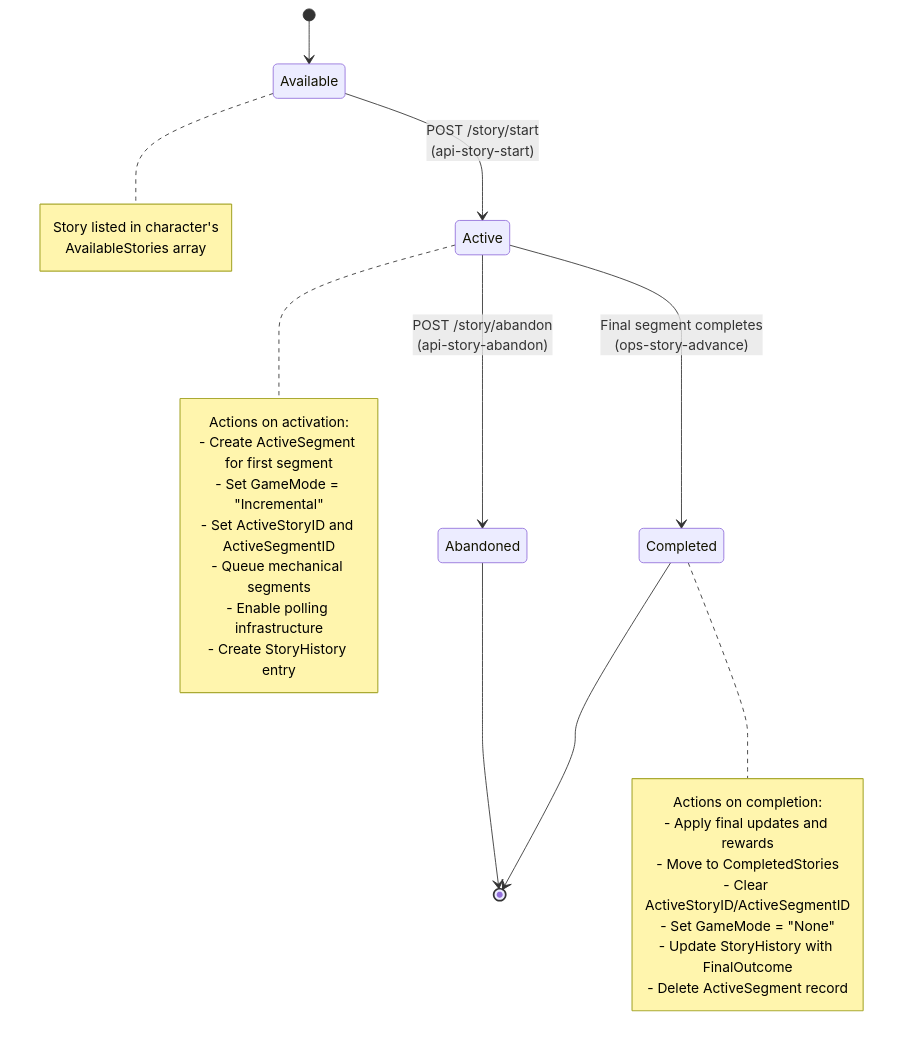
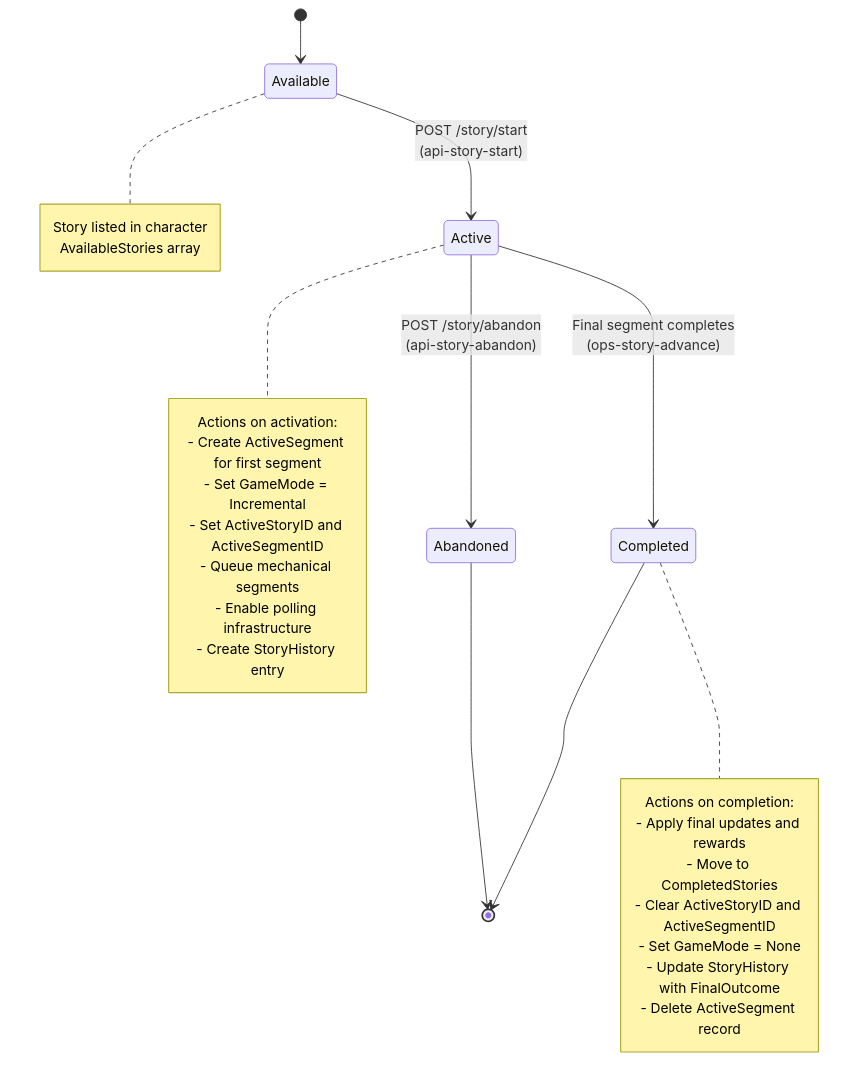
One commit to darkrelics/eidolon-engine changed the second of 7 diagrams in documentation/architecture.md. Above: the diagram before and after it, drawn with Mermaid. The commit also changed other lines of this file, not shown here.

````diff
--- a/documentation/architecture.md
+++ b/documentation/architecture.md
@@ -76,34 +76,34 @@
 ```mermaid
 stateDiagram-v2
     [*] --> Available
     Available --> Active: POST /story/start<br/>(api-story-start)
     Active --> Completed: Final segment completes<br/>(ops-story-advance)
     Active --> Abandoned: POST /story/abandon<br/>(api-story-abandon)
     Completed --> [*]
     Abandoned --> [*]
 
     note right of Available
-        Story listed in character's
+        Story listed in character
         AvailableStories array
     end note
 
     note right of Active
         Actions on activation:
         - Create ActiveSegment for first segment
-        - Set GameMode = "Incremental"
+        - Set GameMode = Incremental
         - Set ActiveStoryID and ActiveSegmentID
         - Queue mechanical segments
         - Enable polling infrastructure
         - Create StoryHistory entry
     end note
 
     note right of Completed
         Actions on completion:
         - Apply final updates and rewards
         - Move to CompletedStories
-        - Clear ActiveStoryID/ActiveSegmentID
-        - Set GameMode = "None"
+        - Clear ActiveStoryID and ActiveSegmentID
+        - Set GameMode = None
         - Update StoryHistory with FinalOutcome
         - Delete ActiveSegment record
     end note
 ```
````
